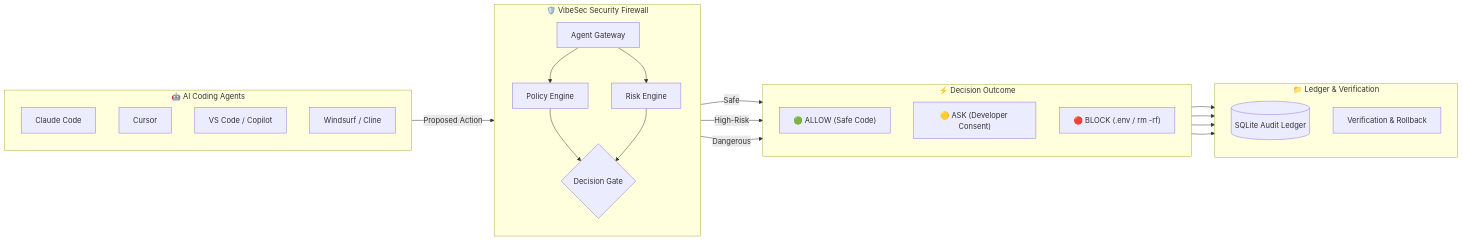
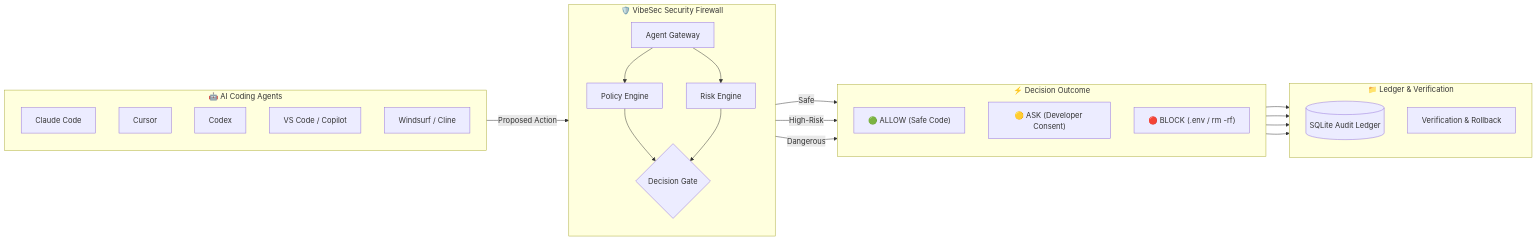
One commit to dj2313/Vibesec changed the diagram in README.md. Above: the diagram before and after it, drawn with Mermaid. The commit also changed other lines of this file and 2 other files, not shown here.

Commit message:
feat: add Claude Code pre-command hook, VS Code extension package, and expand documentation

````diff
--- a/README.md
+++ b/README.md
@@ -17,40 +139,41 @@
 ```mermaid
 flowchart LR
     subgraph Agents["🤖 AI Coding Agents"]
         direction TB
         A1[Claude Code]
         A2[Cursor]
-        A3[VS Code / Copilot]
-        A4[Windsurf / Cline]
+        A3[Codex]
+        A4[VS Code / Copilot]
+        A5[Windsurf / Cline]
     end
 
     subgraph VibeSec["🛡️ VibeSec Security Firewall"]
         direction TB
         B1[Agent Gateway]
         B2[Policy Engine]
         B3[Risk Engine]
         B4{Decision Gate}
     end
 
     subgraph Outcome["⚡ Decision Outcome"]
         direction TB
         C1["🟢 ALLOW (Safe Code)"]
         C2["🟡 ASK (Developer Consent)"]
         C3["🔴 BLOCK (.env / rm -rf)"]
     end
 
     subgraph Storage["📁 Ledger & Verification"]
         direction TB
         D1[(SQLite Audit Ledger)]
         D2[Verification & Rollback]
     end
 
     Agents -->|Proposed Action| B1
     B1 --> B2 & B3
     B2 & B3 --> B4
     B4 -->|Safe| C1
     B4 -->|High-Risk| C2
     B4 -->|Dangerous| C3
     C1 & C2 & C3 --> D1
     C1 --> D2
 ```
````
